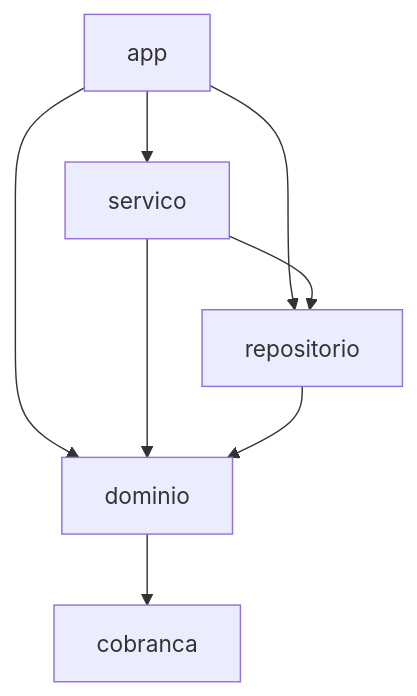
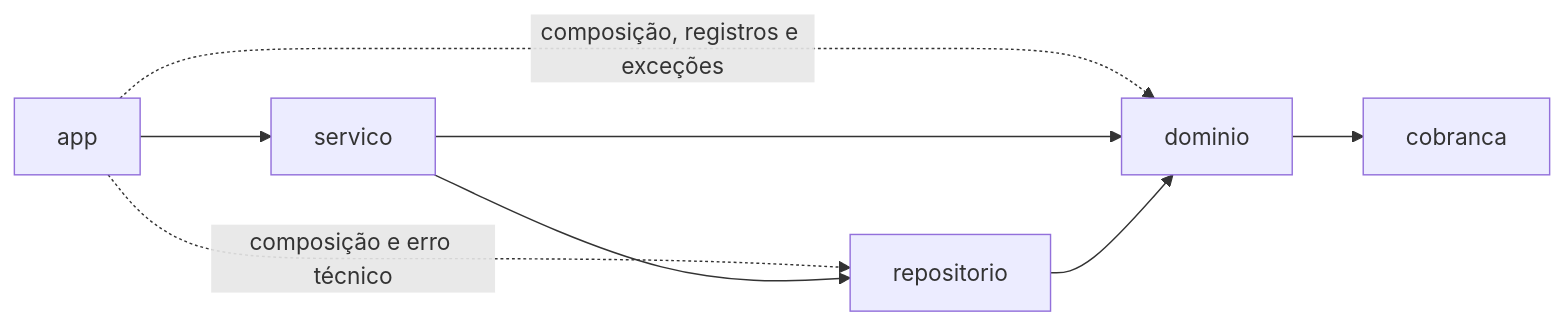
One commit to arthurmatos-lgtm/SistemaVeterinario changed the second of 2 diagrams in docs/diagrama-classes/README.md. Above: the diagram before and after it, drawn with Mermaid. The commit also changed other lines of this file, not shown here.

First line of the commit message:
Enhance README with class diagrams and dependencies

````diff
--- a/docs/diagrama-classes/README.md
+++ b/docs/diagrama-classes/README.md
@@ -122,10 +132,10 @@
 ```mermaid
-flowchart TD
+flowchart LR
     app --> servico
-    app --> dominio
-    app --> repositorio
+    app -.->|composição e erro técnico| repositorio
+    app -.->|composição, registros e exceções| dominio
+    servico --> repositorio
     servico --> dominio
-    servico --> repositorio
     repositorio --> dominio
     dominio --> cobranca
 ```
````
